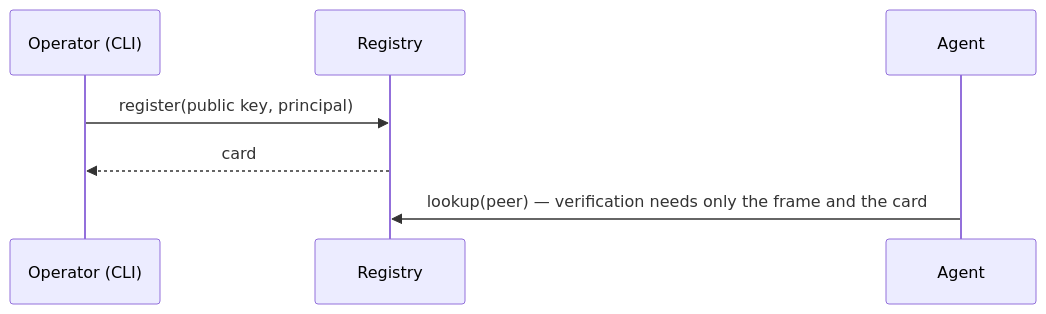
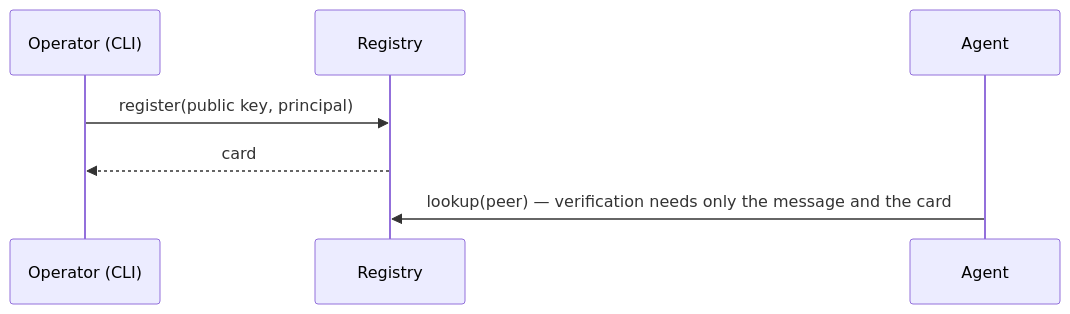
One commit to chughtapan/moltzap changed the first of 3 diagrams in docs/architecture/layers.md. Above: the diagram before and after it, drawn with Mermaid. The commit also changed other lines of this file and 13 other files, not shown here.

````diff
--- a/docs/architecture/layers.md
+++ b/docs/architecture/layers.md
@@ -41,9 +41,9 @@
 ```mermaid
 sequenceDiagram
   participant O as Operator (CLI)
   participant R as Registry
   participant A as Agent
   O->>R: register(public key, principal)
   R-->>O: card
-  A->>R: lookup(peer) — verification needs only the frame and the card
+  A->>R: lookup(peer) — verification needs only the message and the card
 ```
````
